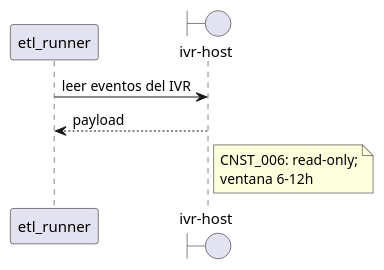
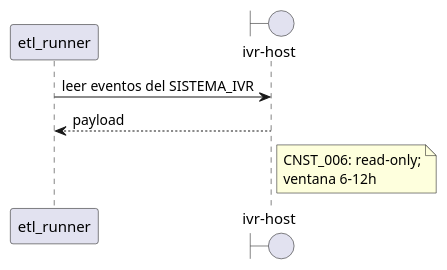
Before and after one commit to jcg-admin/IACT-docs: the diagram in source/requisitos/_metodologia-aplicacion/diagramas-secuencias/boundary-integracion-externa-read-only.rst, drawn with PlantUML. The commit also changed 99 other files, not shown here.

First line of the commit message:
Fix ABREV_CORTA aliases in PlantUML blocks (97 files)

```diff
--- a/source/requisitos/_metodologia-aplicacion/diagramas-secuencias/boundary-integracion-externa-read-only.rst
+++ b/source/requisitos/_metodologia-aplicacion/diagramas-secuencias/boundary-integracion-externa-read-only.rst
@@ -4,12 +4,12 @@
 .. uml::
 
    @startuml
-   participant "etl_runner" as ETL
-   boundary "ivr-host" as IVR
-   ETL -> IVR : leer eventos del IVR
-   IVR --> ETL : payload
-   note right of IVR
+   participant "etl_runner" as SERVICIO_ETL
+   boundary "ivr-host" as SISTEMA_IVR
+   SERVICIO_ETL -> SISTEMA_IVR : leer eventos del SISTEMA_IVR
+   SISTEMA_IVR --> SERVICIO_ETL : payload
+   note right of SISTEMA_IVR
      CNST_006: read-only;
      ventana 6-12h
    end note
    @enduml
```
